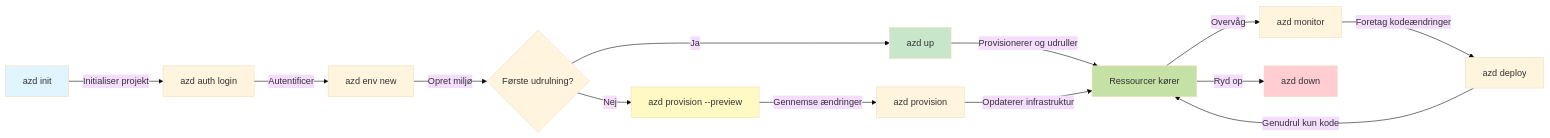
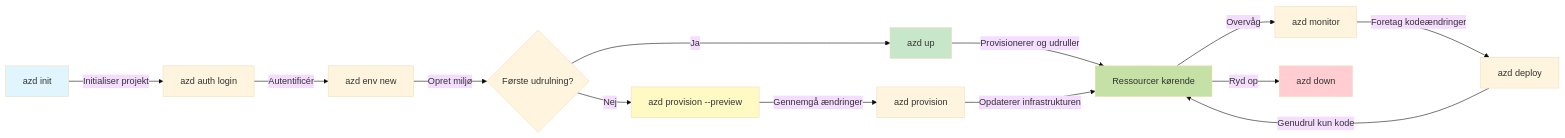
One commit to microsoft/AZD-for-beginners changed the first of 2 diagrams in translations/da/docs/chapter-01-foundation/azd-basics.md. Above: the diagram before and after it, drawn with Mermaid (base theme). The commit also changed other lines of this file and 104 other files, not shown here.

````diff
--- a/translations/da/docs/chapter-01-foundation/azd-basics.md
+++ b/translations/da/docs/chapter-01-foundation/azd-basics.md
@@ -269,21 +269,21 @@
 ```mermaid
 graph LR
     A[azd init] -->|Initialiser projekt| B[azd auth login]
-    B -->|Autentificer| C[azd env new]
+    B -->|Autentificér| C[azd env new]
     C -->|Opret miljø| D{Første udrulning?}
     D -->|Ja| E[azd up]
     D -->|Nej| F[azd provision --preview]
-    F -->|Gennemse ændringer| G[azd provision]
-    E -->|Provisionerer og udruller| H[Ressourcer kører]
-    G -->|Opdaterer infrastruktur| H
+    F -->|Gennemgå ændringer| G[azd provision]
+    E -->|Provisionerer og udruller| H[Ressourcer kørende]
+    G -->|Opdaterer infrastrukturen| H
     H -->|Overvåg| I[azd monitor]
     I -->|Foretag kodeændringer| J[azd deploy]
     J -->|Genudrul kun kode| H
     H -->|Ryd op| K[azd down]
     
     style A fill:#e1f5fe
     style E fill:#c8e6c9
     style F fill:#fff9c4
     style H fill:#c5e1a5
     style K fill:#ffcdd2
 ```
````
